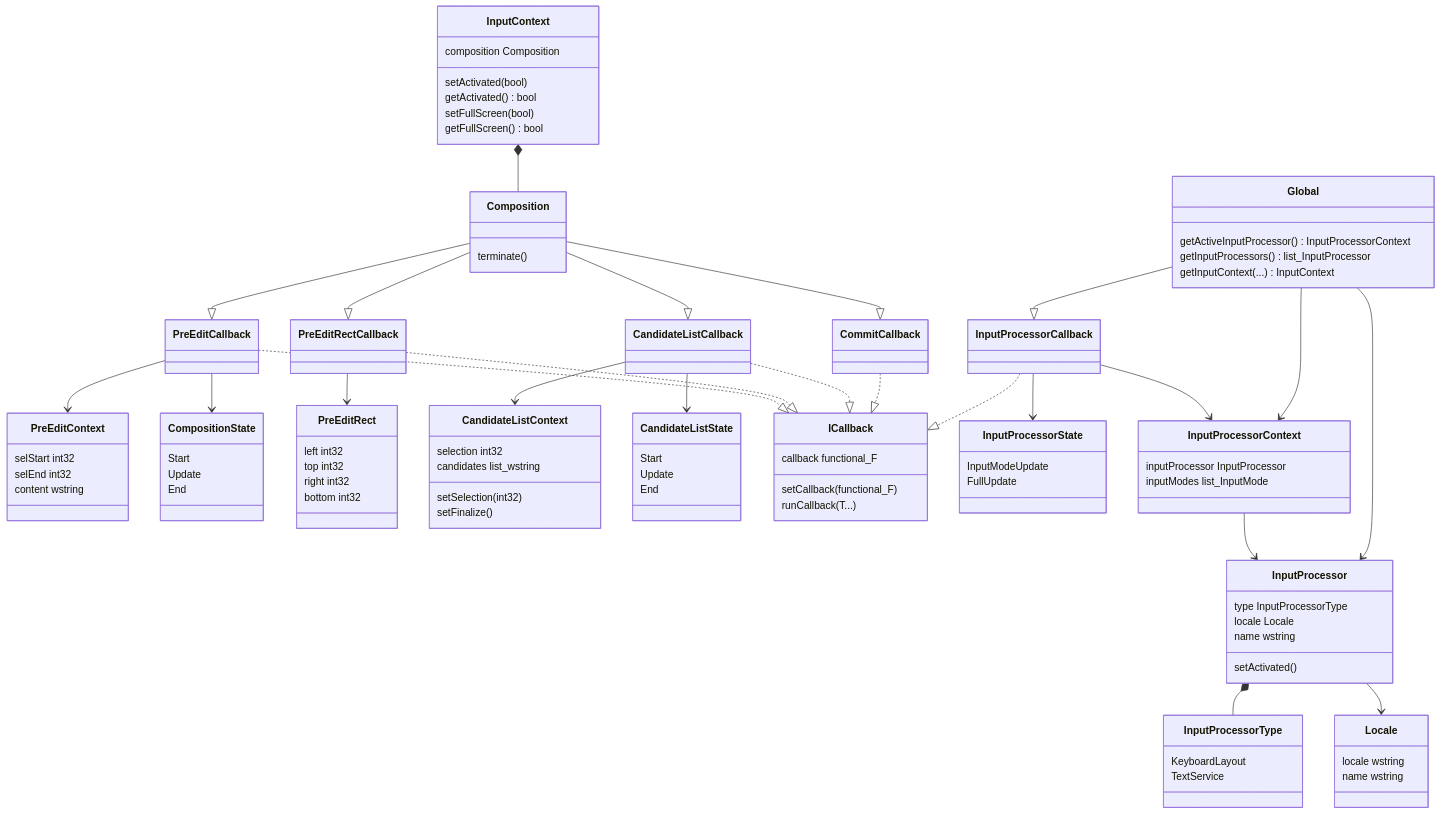
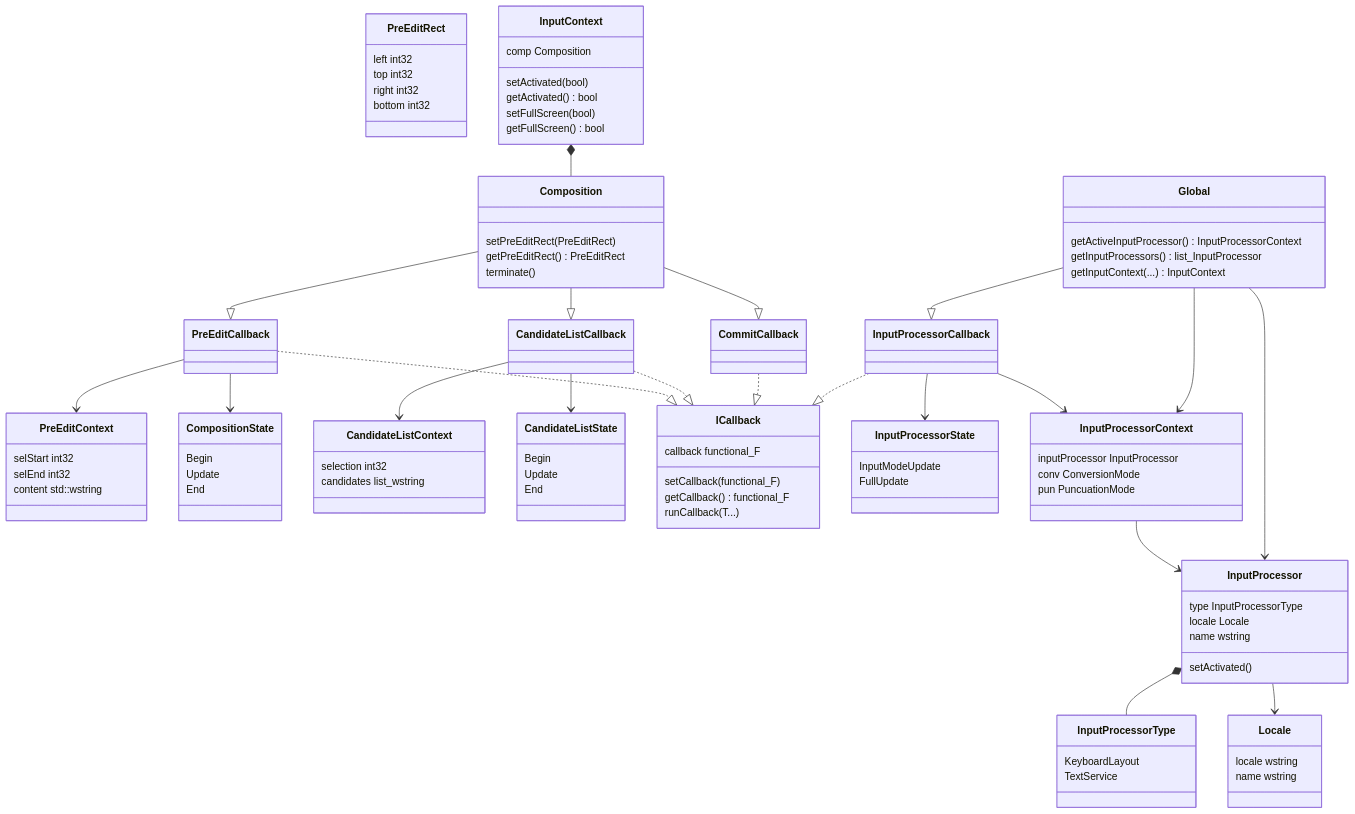
The diagram in docs/ClassDiagram.mmd (Windmill-City/IngameIME-Common), drawn with Mermaid before and after one commit. The commit also changed 1 other file, not shown here.

```diff
--- a/docs/ClassDiagram.mmd
+++ b/docs/ClassDiagram.mmd
@@ -1,115 +1,111 @@
 classDiagram
 class PreEditContext{
     selStart int32
     selEnd int32
-    content wstring
+    content std::wstring
 }
 class CompositionState{
-    Start
+    Begin
     Update
     End
 }
 class PreEditCallback
 
 class PreEditRect{
     left int32
     top int32
     right int32
     bottom int32
 }
-class PreEditRectCallback
 
 class CandidateListContext{
     selection int32
     candidates list_wstring
-
-    setSelection(int32)
-    setFinalize()
 }
 class CandidateListState{
-    Start
+    Begin
     Update
     End
 }
 class CandidateListCallback
 
 class CommitCallback
 
 class ICallback{
     callback functional_F
     setCallback(functional_F)
+    getCallback() functional_F
     runCallback(T...)
 }
 class Composition{
+    setPreEditRect(PreEditRect)
+    getPreEditRect() PreEditRect
     terminate()
 }
 class InputContext{
-    composition Composition
+    comp Composition
 
     setActivated(bool)
     getActivated() bool
     setFullScreen(bool)
     getFullScreen() bool
 }
 
 class Locale{
     locale wstring
     name wstring
 }
 class InputProcessor{
     type InputProcessorType
     locale Locale
     name wstring
 
     setActivated()
 }
 class InputProcessorType{
     KeyboardLayout
     TextService
 }
 class InputProcessorState{
     InputModeUpdate
     FullUpdate
 }
 class InputProcessorContext{
     inputProcessor InputProcessor
-    inputModes list_InputMode
+    conv ConversionMode
+    pun PuncuationMode
 }
 class Global{
     getActiveInputProcessor() InputProcessorContext
     getInputProcessors() list_InputProcessor
     getInputContext(...) InputContext
 }
 
 InputContext *-- Composition
 
 PreEditCallback --> CompositionState
 PreEditCallback --> PreEditContext
 PreEditCallback ..|> ICallback
 
-PreEditRectCallback --> PreEditRect
-PreEditRectCallback ..|> ICallback
-
 CandidateListCallback ..|> ICallback
 CandidateListCallback --> CandidateListState
 CandidateListCallback --> CandidateListContext
 
 CommitCallback ..|> ICallback
 
 Composition --|> PreEditCallback
-Composition --|> PreEditRectCallback
 Composition --|> CommitCallback
 Composition --|> CandidateListCallback
 
 InputProcessorCallback --> InputProcessorState
 InputProcessorCallback --> InputProcessorContext
 InputProcessorCallback ..|> ICallback
 
 InputProcessor *-- InputProcessorType
 InputProcessor --> Locale
 
 InputProcessorContext --> InputProcessor
 
 Global --> InputProcessorContext
 Global --> InputProcessor
 Global --|> InputProcessorCallback
```
